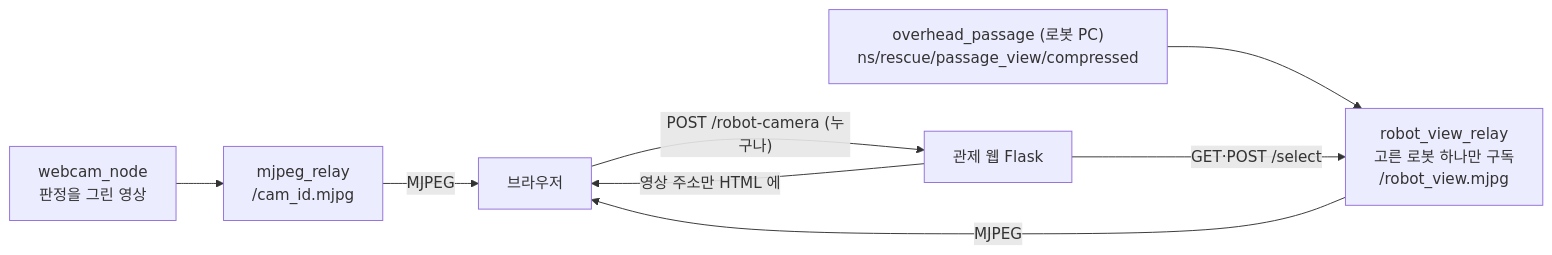
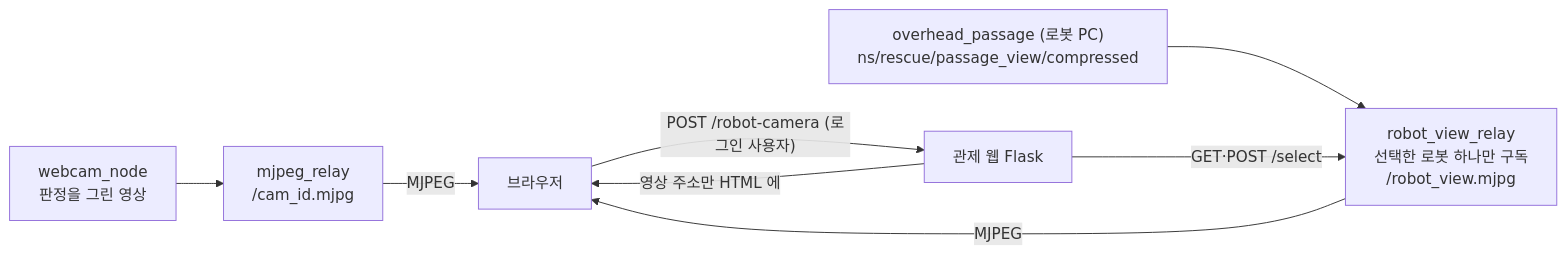
The third of 3 diagrams in docs/design/console-architecture.md (mi1nn/ROKEY-7-public), drawn with Mermaid before and after one commit. The commit also changed other lines of this file, not shown here.

````diff
--- a/docs/design/console-architecture.md
+++ b/docs/design/console-architecture.md
@@ -100,14 +100,14 @@
 ```mermaid
 flowchart LR
   WN["webcam_node<br/>판정을 그린 영상"]
   OP["overhead_passage (로봇 PC)<br/>ns/rescue/passage_view/compressed"]
   MJ["mjpeg_relay<br/>/cam_id.mjpg"]
-  RV["robot_view_relay<br/>고른 로봇 하나만 구독<br/>/robot_view.mjpg"]
+  RV["robot_view_relay<br/>선택한 로봇 하나만 구독<br/>/robot_view.mjpg"]
   F["관제 웹 Flask"]
   B["브라우저"]
   WN --> MJ -- "MJPEG" --> B
   OP --> RV -- "MJPEG" --> B
   F -- "영상 주소만 HTML 에" --> B
-  B -- "POST /robot-camera (누구나)" --> F
+  B -- "POST /robot-camera (로그인 사용자)" --> F
   F -- "GET·POST /select" --> RV
 ```
````
